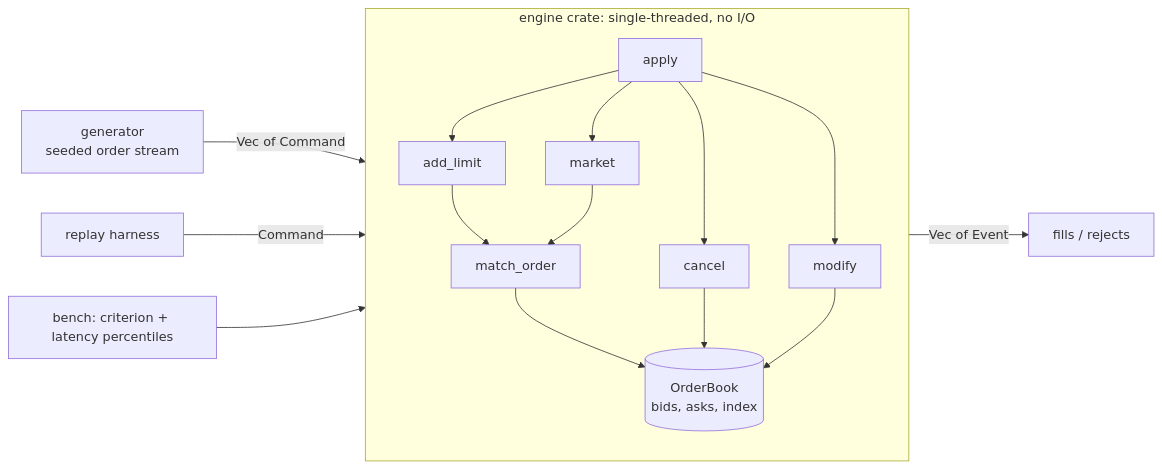
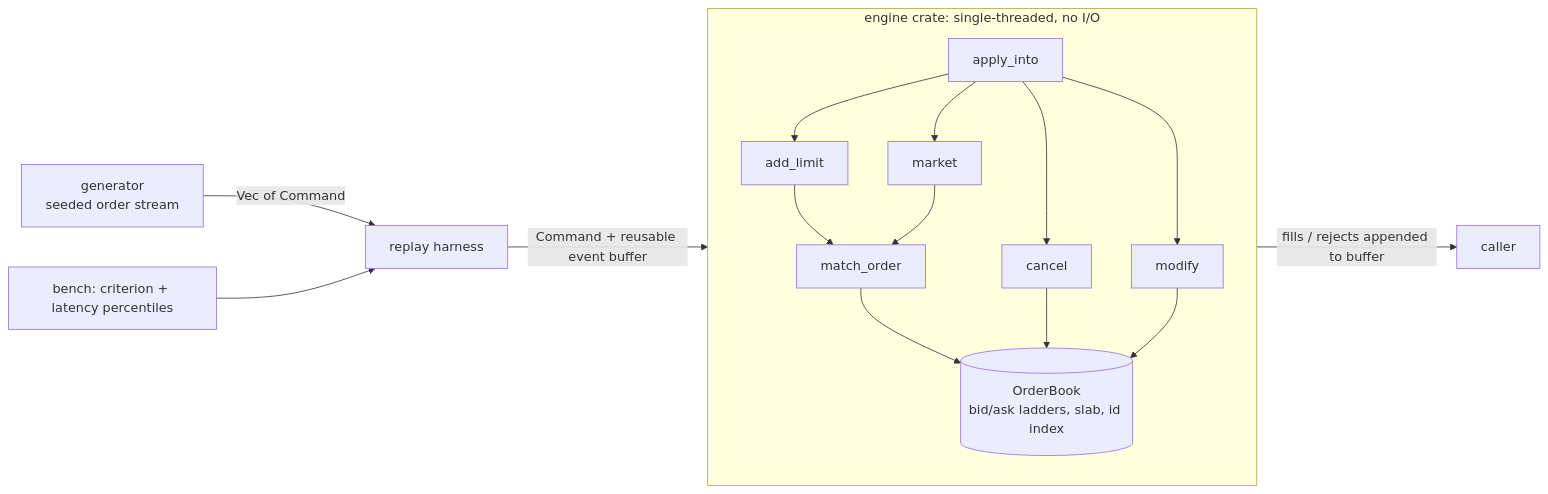
Before and after one commit to VedantShuklaaa/lobster: the diagram in README.md, drawn with Mermaid. The commit also changed other lines of this file and 5 other files, not shown here.

````diff
--- a/README.md
+++ b/README.md
@@ -32,18 +32,18 @@
 ```mermaid
 flowchart LR
-    G[generator<br/>seeded order stream] -->|Vec of Command| E
-    R[replay harness] -->|Command| E
+    G[generator<br/>seeded order stream] -->|Vec of Command| H
+    H[replay harness] -->|Command + reusable event buffer| E
     subgraph E[engine crate: single-threaded, no I/O]
-        A[apply] --> L[add_limit]
+        A[apply_into] --> L[add_limit]
         A --> M[market]
         A --> C[cancel]
         A --> X[modify]
         L --> MO[match_order]
         M --> MO
-        MO --> B[(OrderBook<br/>bids, asks, index)]
+        MO --> B[(OrderBook<br/>bid/ask ladders, slab, id index)]
         C --> B
         X --> B
     end
-    E -->|Vec of Event| O[fills / rejects]
-    B2[bench: criterion + latency percentiles] --> E
+    E -->|fills / rejects appended to buffer| O[caller]
+    B2[bench: criterion + latency percentiles] --> H
 ```
````
